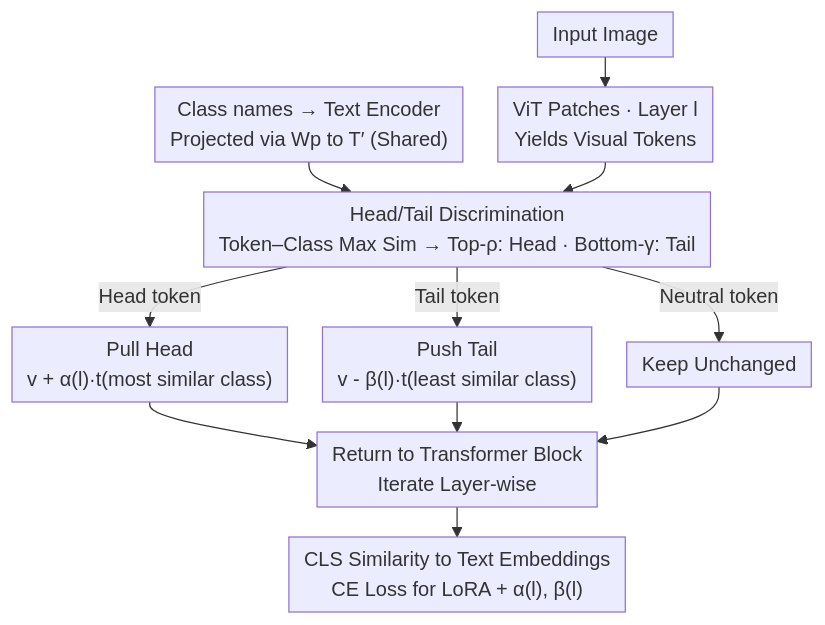
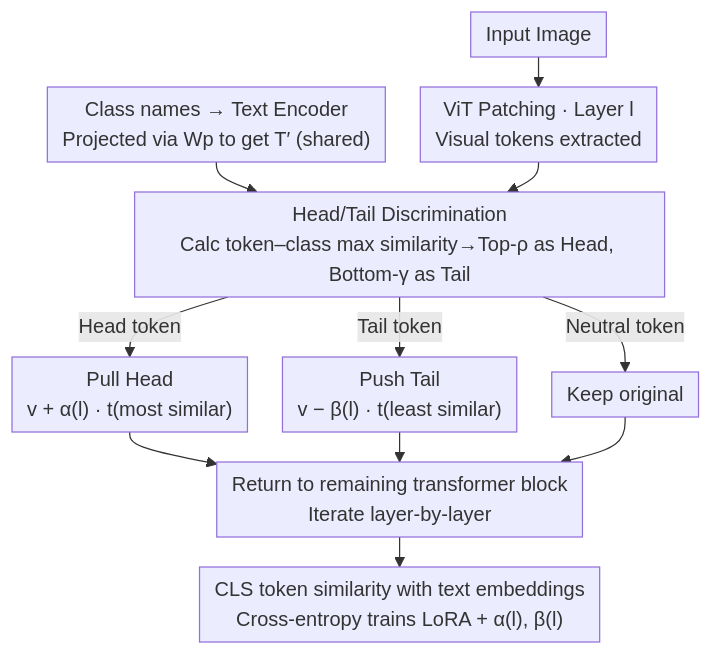
One commit to zhaoyang97/Paper-Notes-en changed the diagram in docs/ICML2026/multimodal_vlm/improving_clip_adaptation_by_breaking_tail_alignment_for_source-free_cross-domai.md. Above: the diagram before and after it, drawn with Mermaid. The commit also changed other lines of this file and 5084 other files, not shown here.

````diff
--- a/docs/ICML2026/multimodal_vlm/improving_clip_adaptation_by_breaking_tail_alignment_for_source-free_cross-domai.md
+++ b/docs/ICML2026/multimodal_vlm/improving_clip_adaptation_by_breaking_tail_alignment_for_source-free_cross-domai.md
@@ -43,14 +43,14 @@
 ```mermaid
 %%{init: {'flowchart': {'rankSpacing': 24, 'nodeSpacing': 28, 'padding': 6, 'wrappingWidth': 400}}}%%
 flowchart TD
-    TXT["Class names → Text Encoder<br/>Projected via Wp to T′ (Shared)"] --> SEL
-    X["Input Image"] --> PV["ViT Patches · Layer l<br/>Yields Visual Tokens"]
-    PV --> SEL["Head/Tail Discrimination<br/>Token–Class Max Sim → Top-ρ: Head · Bottom-γ: Tail"]
-    SEL -->|Head token| PULL["Pull Head<br/>v + α(l)·t(most similar class)"]
-    SEL -->|Tail token| PUSH["Push Tail<br/>v - β(l)·t(least similar class)"]
-    SEL -->|Neutral token| KEEP["Keep Unchanged"]
-    PULL --> REST["Return to Transformer Block<br/>Iterate Layer-wise"]
+    TXT["Class names → Text Encoder<br/>Projected via Wp to get T′ (shared)"] --> SEL
+    X["Input Image"] --> PV["ViT Patching · Layer l<br/>Visual tokens extracted"]
+    PV --> SEL["Head/Tail Discrimination<br/>Calc token–class max similarity→Top-ρ as Head, Bottom-γ as Tail"]
+    SEL -->|Head token| PULL["Pull Head<br/>v + α(l) · t(most similar)"]
+    SEL -->|Tail token| PUSH["Push Tail<br/>v − β(l) · t(least similar)"]
+    SEL -->|Neutral token| KEEP["Keep original"]
+    PULL --> REST["Return to remaining transformer block<br/>Iterate layer-by-layer"]
     PUSH --> REST
     KEEP --> REST
-    REST --> CLS["CLS Similarity to Text Embeddings<br/>CE Loss for LoRA + α(l), β(l)"]
+    REST --> CLS["CLS token similarity with text embeddings<br/>Cross-entropy trains LoRA + α(l), β(l)"]
 ```
````
